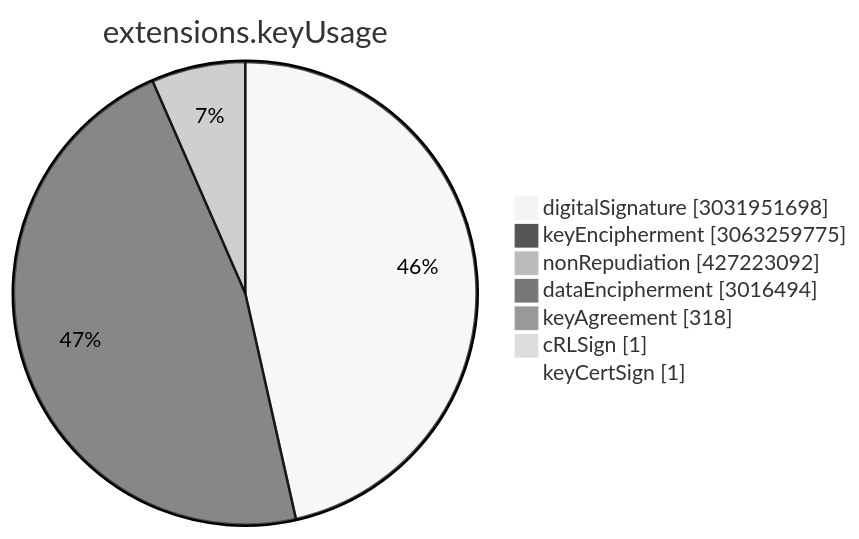
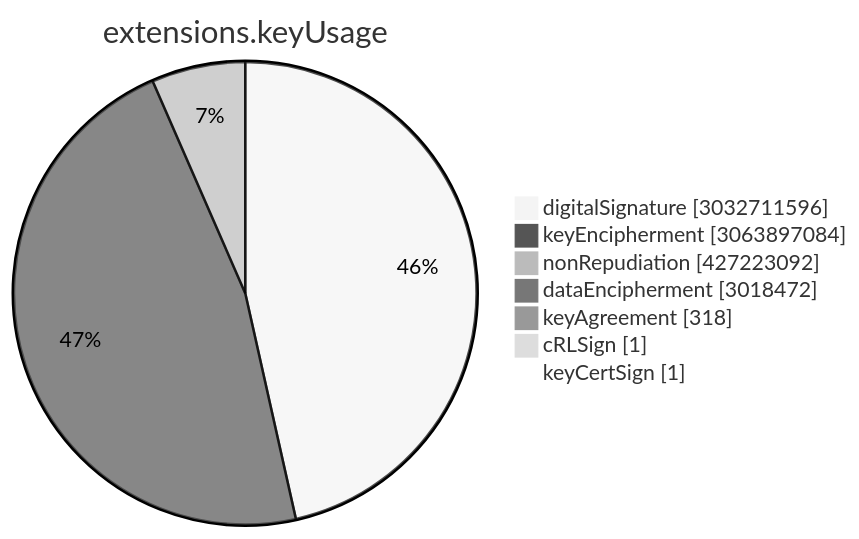
One commit to christiankrug/ctmonitor_visualization changed the sixth of 15 diagrams in TOTAL/README.md. Above: the diagram before and after it, drawn with Mermaid (neutral theme). The commit also changed other lines of this file, not shown here.

````diff
--- a/TOTAL/README.md
+++ b/TOTAL/README.md
@@ -3075,11 +3075,11 @@
 ```mermaid
 pie showData
 title extensions.keyUsage
-"digitalSignature" :3031951698
-"keyEncipherment" :3063259775
+"digitalSignature" :3032711596
+"keyEncipherment" :3063897084
 "nonRepudiation" :427223092
-"dataEncipherment" :3016494
+"dataEncipherment" :3018472
 "keyAgreement" :318
 "cRLSign" :1
 "keyCertSign" :1
 ```
````
